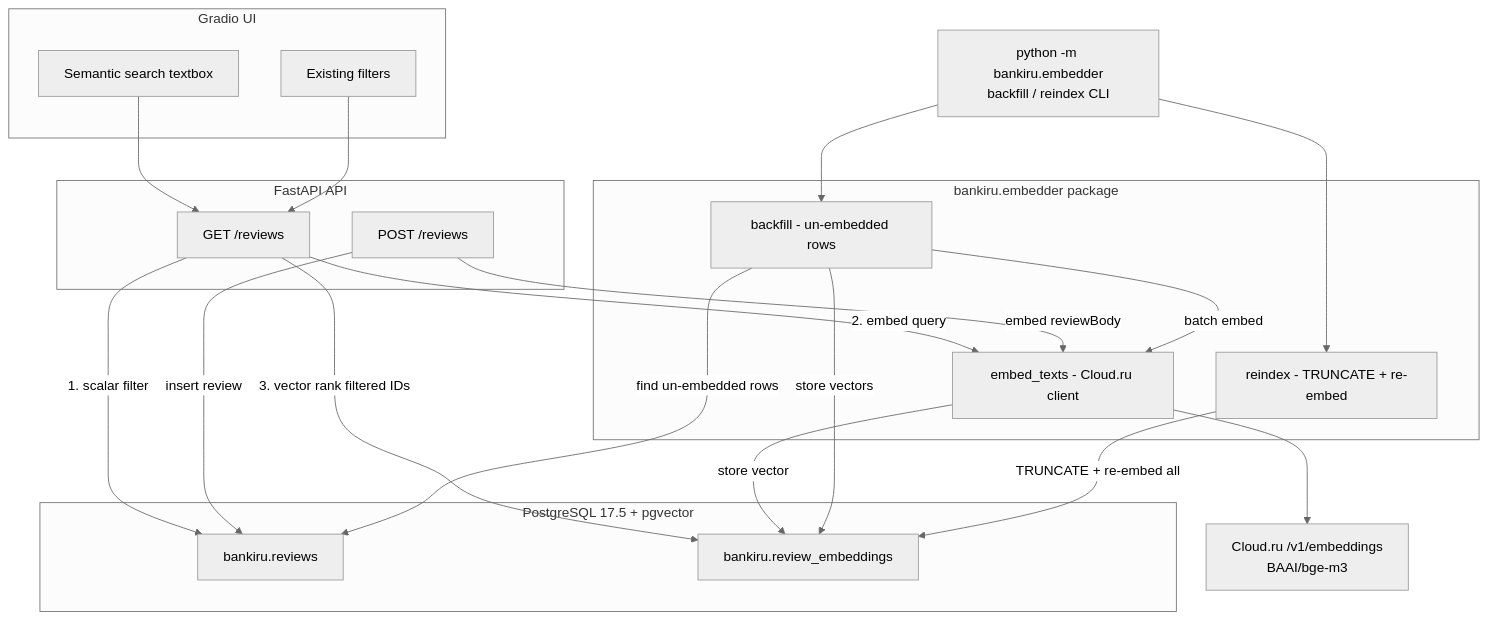
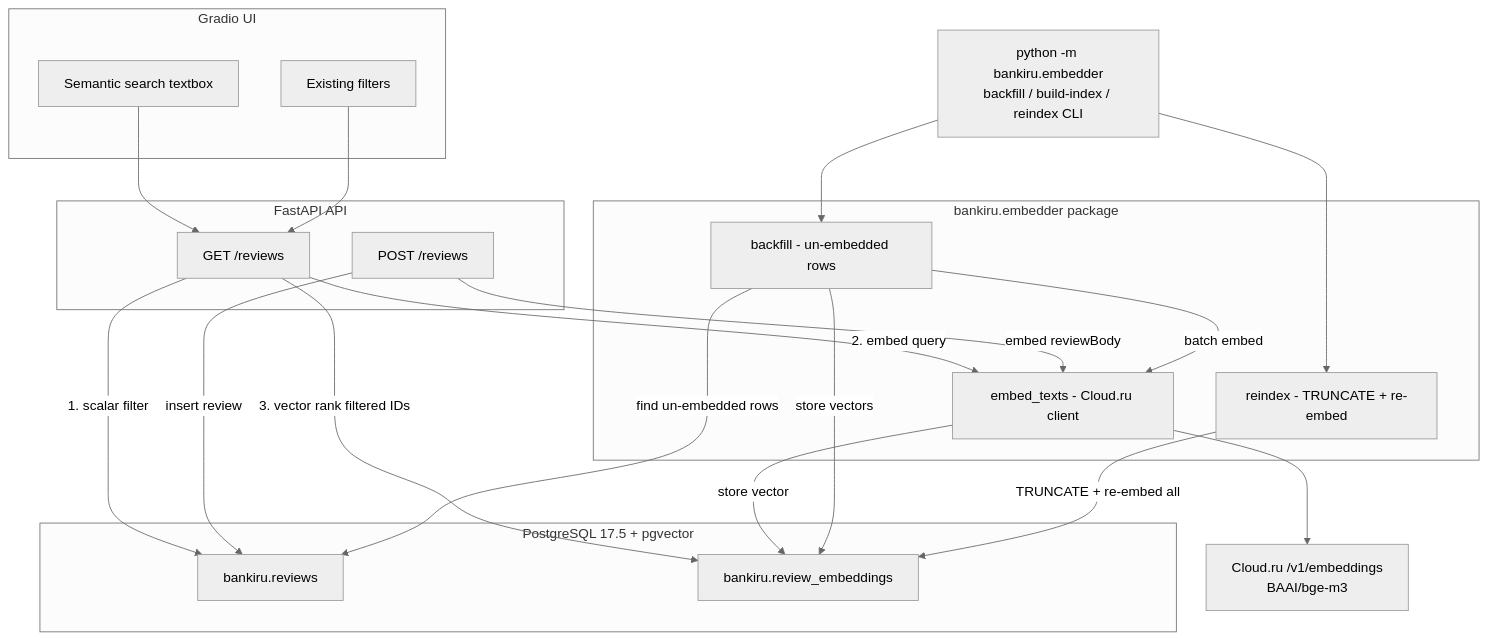
Before and after one commit to EvgenyMeredelin/bankiru-reviews: the first of 4 diagrams in plans/semantic-search.md, drawn with Mermaid (neutral theme). The commit also changed other lines of this file and 4 other files, not shown here.

First line of the commit message:
docs: update comments and plan to reflect build-index CLI and ensure_hnsw_index

````diff
--- a/plans/semantic-search.md
+++ b/plans/semantic-search.md
@@ -18,46 +18,46 @@
 ```mermaid
 flowchart TD
     subgraph UI [Gradio UI]
         keywords[Semantic search textbox]
         filters[Existing filters]
     end
 
     subgraph API [FastAPI API]
         get_reviews[GET /reviews]
         post_reviews[POST /reviews]
     end
 
     subgraph Embedder [bankiru.embedder package]
         embed_fn[embed_texts - Cloud.ru client]
         backfill_fn[backfill - un-embedded rows]
         reindex_fn[reindex - TRUNCATE + re-embed]
     end
 
-    reindex_cli[python -m bankiru.embedder\nbackfill / reindex CLI]
+    embedder_cli[python -m bankiru.embedder\nbackfill / build-index / reindex CLI]
 
     subgraph DB [PostgreSQL 17.5 + pgvector]
         reviews_table[bankiru.reviews]
         embeddings_table[bankiru.review_embeddings]
     end
 
     cloudru[Cloud.ru /v1/embeddings\nBAAI/bge-m3]
 
     keywords --> get_reviews
     filters --> get_reviews
     get_reviews -->|1. scalar filter| reviews_table
     get_reviews -->|2. embed query| embed_fn
     embed_fn --> cloudru
     get_reviews -->|3. vector rank filtered IDs| embeddings_table
 
     post_reviews -->|insert review| reviews_table
     post_reviews -->|embed reviewBody| embed_fn
     embed_fn -->|store vector| embeddings_table
 
     backfill_fn -->|find un-embedded rows| reviews_table
     backfill_fn -->|batch embed| embed_fn
     backfill_fn -->|store vectors| embeddings_table
 
-    reindex_cli --> reindex_fn
-    reindex_cli --> backfill_fn
+    embedder_cli --> reindex_fn
+    embedder_cli --> backfill_fn
     reindex_fn -->|TRUNCATE + re-embed all| embeddings_table
 ```
````
